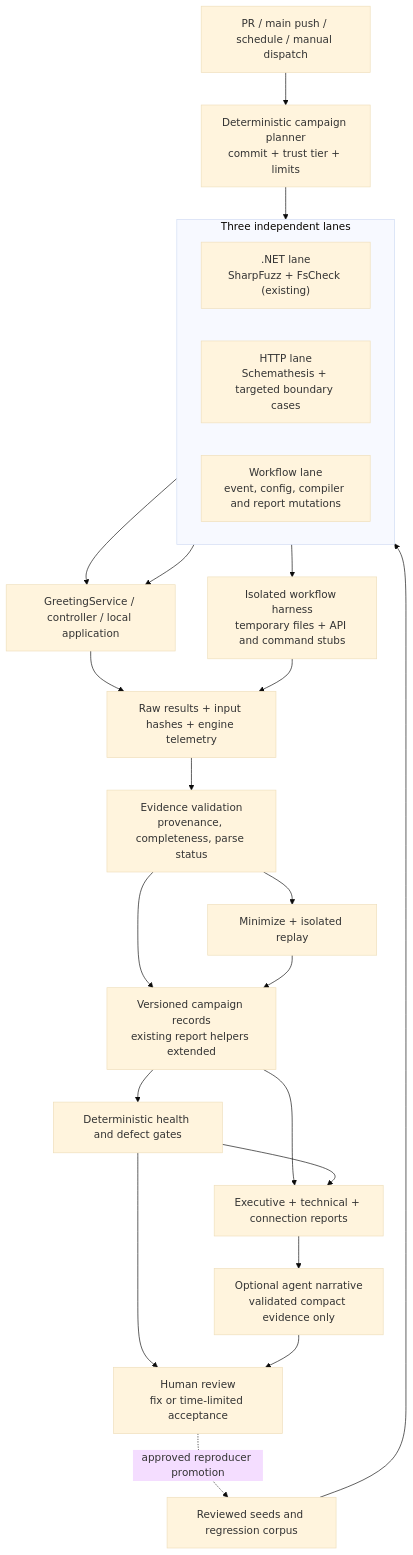
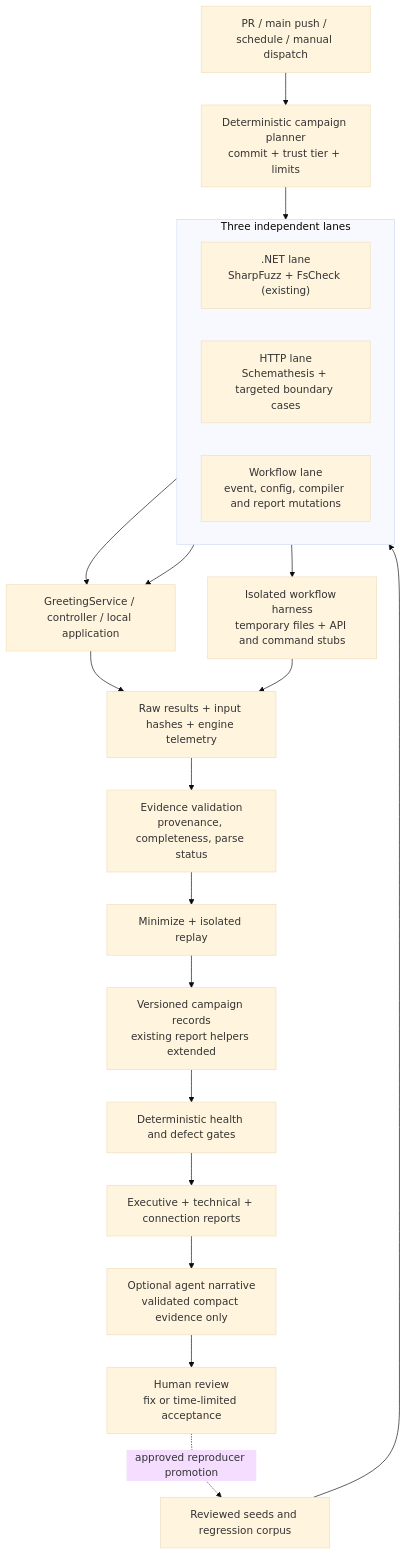
Before and after one commit to ChristianPresley/agentic-pipelines: the first of 2 diagrams in docs/fuzzing-system-design.md, drawn with Mermaid (base theme). The commit also changed 2 other files, not shown here.

Commit message:
fix(docs): remove crossing edges from the fuzzing system design diagram

````diff
--- a/docs/fuzzing-system-design.md
+++ b/docs/fuzzing-system-design.md
@@ -30,41 +30,38 @@
 ```mermaid
 flowchart TB
   Seeds["Reviewed seeds and regression corpus"]
   Events["PR / main push / schedule / manual dispatch"]
   Plan["Deterministic campaign planner<br/>commit + trust tier + limits"]
   subgraph Lanes["Three independent lanes"]
     direction LR
     Dotnet[".NET lane<br/>SharpFuzz + FsCheck (existing)"]
     HTTP["HTTP lane<br/>Schemathesis + targeted boundary cases"]
     WF["Workflow lane<br/>event, config, compiler and report mutations"]
   end
   App["GreetingService / controller / local application"]
   Harness["Isolated workflow harness<br/>temporary files + API and command stubs"]
   Raw["Raw results + input hashes + engine telemetry"]
   Verify["Evidence validation<br/>provenance, completeness, parse status"]
   Replay["Minimize + isolated replay"]
   Normalize["Versioned campaign records<br/>existing report helpers extended"]
   Gate["Deterministic health and defect gates"]
   Reports["Executive + technical + connection reports"]
   Agent["Optional agent narrative<br/>validated compact evidence only"]
   Review["Human review<br/>fix or time-limited acceptance"]
   Events --> Plan
   Seeds --> Lanes
   Plan --> Lanes
   Dotnet --> App
   HTTP --> App
   WF --> Harness
   App --> Raw
   Harness --> Raw
   Raw --> Verify
   Verify --> Replay
-  Verify --> Normalize
   Replay --> Normalize
   Normalize --> Gate
-  Normalize --> Reports
   Gate --> Reports
   Reports --> Agent
-  Gate --> Review
   Agent --> Review
   Review -. "approved reproducer promotion" .-> Seeds
 ```
````
